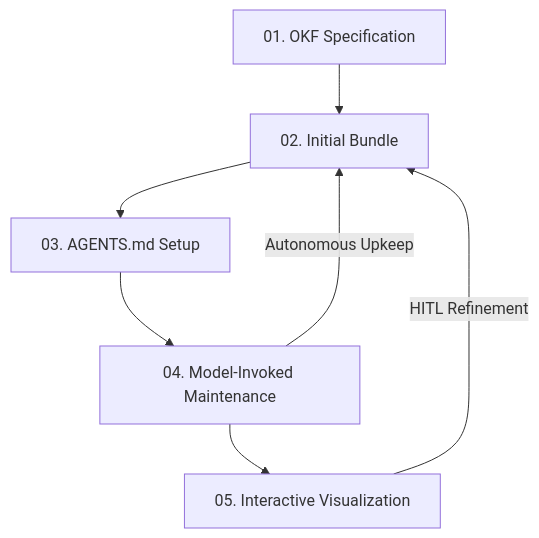
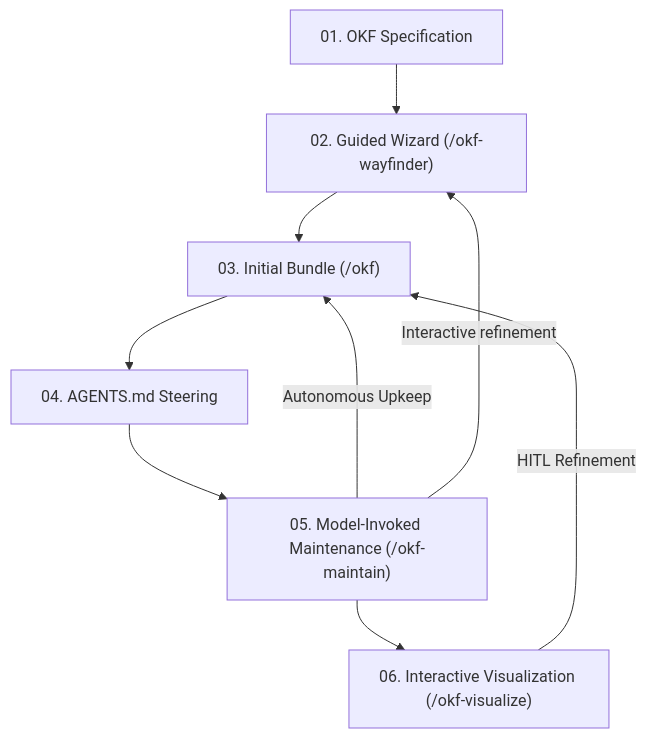
One commit to eloybar/okf-skills changed the diagram in README.md. Above: the diagram before and after it, drawn with Mermaid. The commit also changed other lines of this file and 13 other files, not shown here.

First line of the commit message:
docs(okf): bootstrap repository knowledge bundle and steering notice

````diff
--- a/README.md
+++ b/README.md
@@ -13,9 +13,11 @@
 ```mermaid
 graph TD
-    A[01. OKF Specification] --> B[02. Initial Bundle]
-    B --> C[03. AGENTS.md Setup]
-    C --> D[04. Model-Invoked Maintenance]
-    D -->|Autonomous Upkeep| B
-    D --> E[05. Interactive Visualization]
-    E -->|HITL Refinement| B
+    A["01. OKF Specification"] --> B["02. Guided Wizard (/okf-wayfinder)"]
+    B --> C["03. Initial Bundle (/okf)"]
+    C --> D["04. AGENTS.md Steering"]
+    D --> E["05. Model-Invoked Maintenance (/okf-maintain)"]
+    E -->|Autonomous Upkeep| C
+    E -->|Interactive refinement| B
+    E --> F["06. Interactive Visualization (/okf-visualize)"]
+    F -->|HITL Refinement| C
 ```
````
